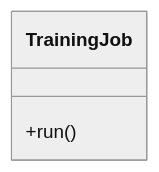
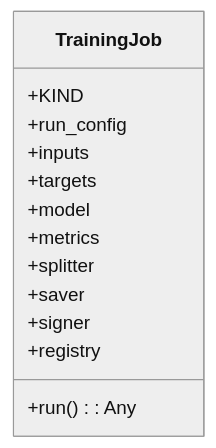
Before and after one commit to lgcorzo/mlops-python-package: the first of 4 diagrams in openwiki/src/regression_model_template/jobs/training.md, drawn with Mermaid (neutral theme). The commit also changed other lines of this file and 91 other files, not shown here.

````diff
--- a/openwiki/src/regression_model_template/jobs/training.md
+++ b/openwiki/src/regression_model_template/jobs/training.md
@@ -20,7 +21,16 @@
 ```mermaid
 classDiagram
-    direction BT
     class TrainingJob {
-        +run()
+        +KIND
+        +run_config
+        +inputs
+        +targets
+        +model
+        +metrics
+        +splitter
+        +saver
+        +signer
+        +registry
+        +run() : Any
     }
 ```
````
